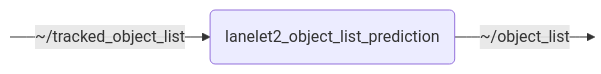
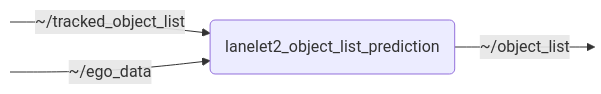
The diagram in lanelet2_object_list_prediction/README.md (openads-project/lanelet2_object_list_prediction), drawn with Mermaid before and after one commit. The commit also changed other lines of this file and 8 other files, not shown here.

````diff
--- a/lanelet2_object_list_prediction/README.md
+++ b/lanelet2_object_list_prediction/README.md
@@ -13,7 +13,8 @@
 ```mermaid
 flowchart LR
     NODE("lanelet2_object_list_prediction")
     S0:::hidden -->|~/tracked_object_list| NODE
+    S1:::hidden -->|~/ego_data| NODE
     NODE -->|~/object_list| P0:::hidden
     classDef hidden display: none;
 ```
````
